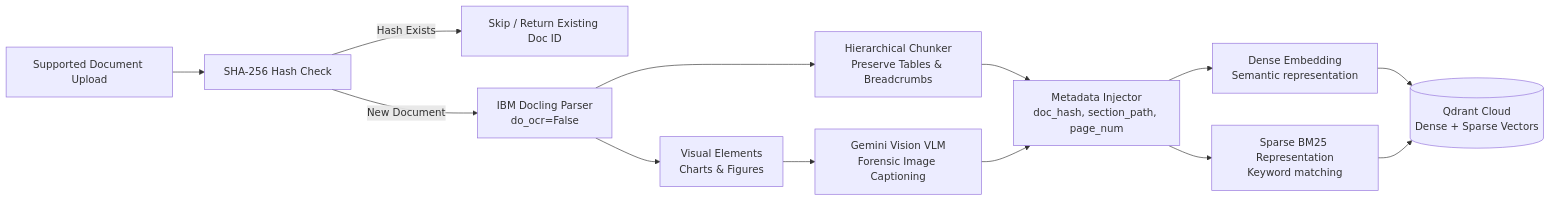
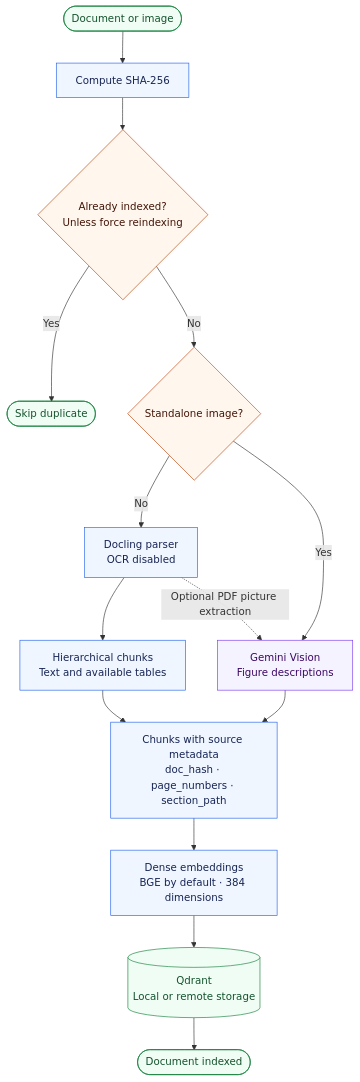
Before and after one commit to Theshmphony7580/Anri-: the second of 2 diagrams in README.md, drawn with Mermaid. The commit also changed other lines of this file, not shown here.

````diff
--- a/README.md
+++ b/README.md
@@ -65,18 +90,25 @@
 ```mermaid
-flowchart LR
-    Upload[Supported Document Upload] --> Hash[SHA-256 Hash Check]
-    Hash -->|Hash Exists| Skip[Skip / Return Existing Doc ID]
-    Hash -->|New Document| Docling[IBM Docling Parser<br/>do_ocr=False]
+flowchart TD
+    Upload([Document or image]) --> Hash["Compute SHA-256"]
+    Hash --> Duplicate{"Already indexed?<br/>Unless force reindexing"}
+    Duplicate -->|Yes| Skip([Skip duplicate])
+    Duplicate -->|No| Type{"Standalone image?"}
+    Type -->|No| Parse["Docling parser<br/>OCR disabled"]
+    Parse --> Chunks["Hierarchical chunks<br/>Text and available tables"]
+    Parse -.->|Optional PDF picture extraction| Vision["Gemini Vision<br/>Figure descriptions"]
+    Type -->|Yes| Vision
+    Chunks --> Metadata["Chunks with source metadata<br/>doc_hash · page_numbers · section_path"]
+    Vision --> Metadata
+    Metadata --> Dense["Dense embeddings<br/>BGE by default · 384 dimensions"]
+    Dense --> Qdrant[("Qdrant<br/>Local or remote storage")]
+    Qdrant --> Done([Document indexed])
 
-    Docling --> TextElem[Hierarchical Chunker<br/>Preserve Tables & Breadcrumbs]
-    Docling --> VisualElem[Visual Elements<br/>Charts & Figures]
-    VisualElem --> VLM[Gemini Vision VLM<br/>Forensic Image Captioning]
-
-    TextElem --> MetaInject[Metadata Injector<br/>doc_hash, section_path, page_num]
-    VLM --> MetaInject
-
-    MetaInject --> Dense[Dense Embedding<br/>Semantic representation]
-    MetaInject --> Sparse[Sparse BM25 Representation<br/>Keyword matching]
-    Dense --> Qdrant[(Qdrant Cloud<br/>Dense + Sparse Vectors)]
-    Sparse --> Qdrant
+    classDef action fill:#eff6ff,stroke:#2563eb,color:#172554;
+    classDef decision fill:#fff7ed,stroke:#c2410c,color:#431407;
+    classDef terminal fill:#f0fdf4,stroke:#15803d,color:#14532d;
+    classDef optional fill:#f5f3ff,stroke:#7c3aed,color:#3b0764;
+    class Hash,Parse,Chunks,Metadata,Dense action;
+    class Duplicate,Type decision;
+    class Upload,Skip,Done,Qdrant terminal;
+    class Vision optional;
 ```
````
